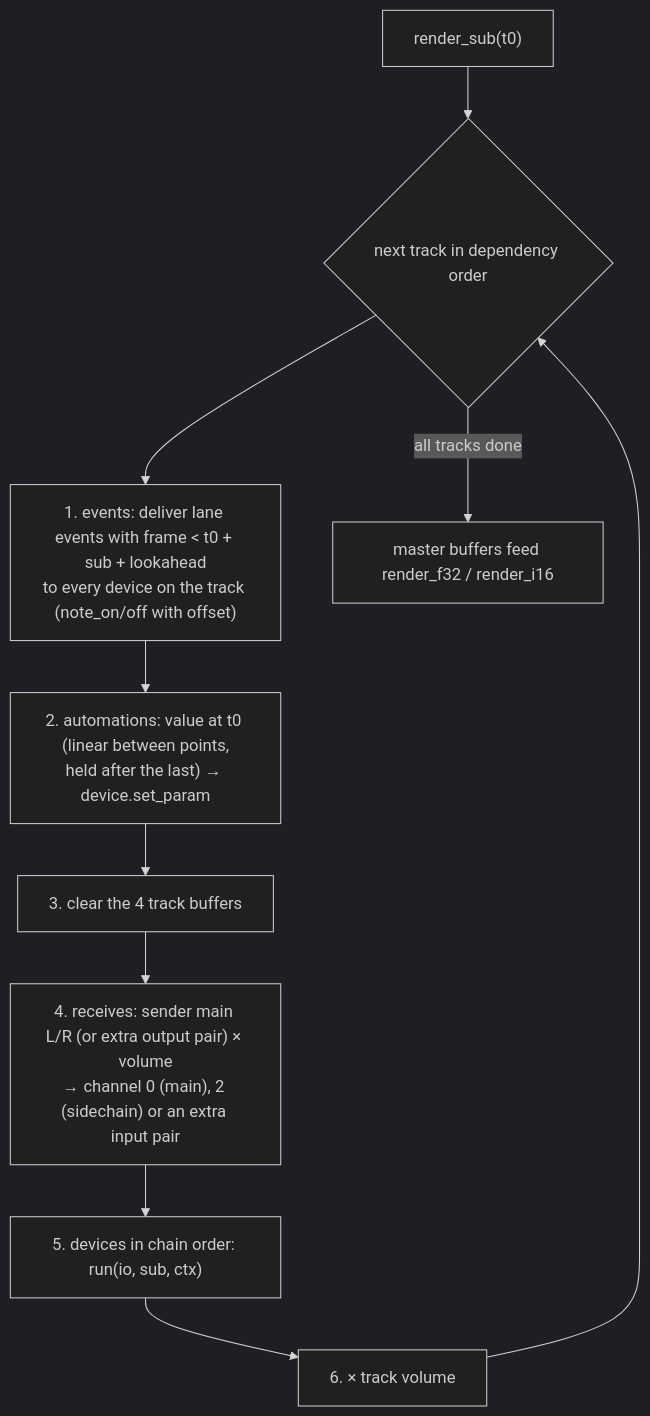
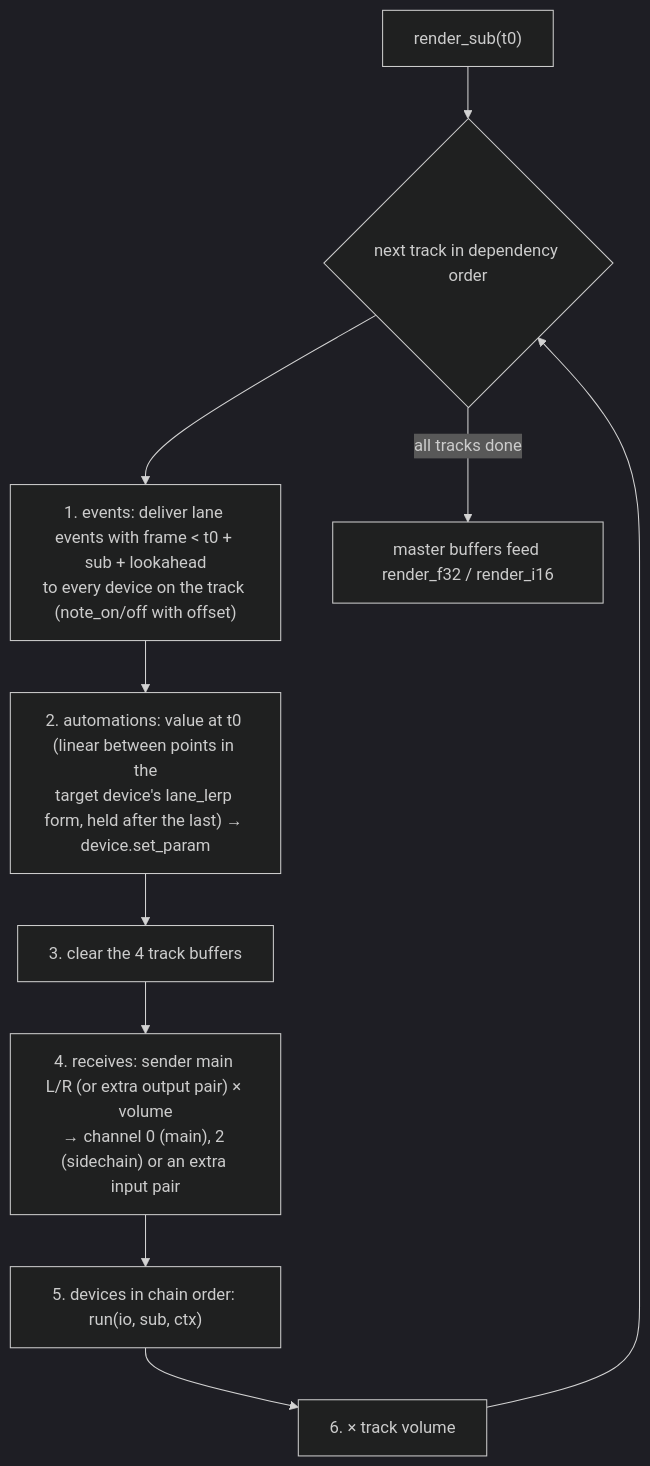
Before and after one commit to unisynth/unisynth: the seventh of 9 diagrams in docs/synth/synth-core.md, drawn with Mermaid (dark theme). The commit also changed other lines of this file and 67 other files, not shown here.

````diff
--- a/docs/synth/synth-core.md
+++ b/docs/synth/synth-core.md
@@ -263,12 +293,12 @@
 ```mermaid
 flowchart TD
     S["render_sub(t0)"] --> T{"next track in dependency order"}
     T --> E1["1. events: deliver lane events with frame < t0 + sub + lookahead<br/>to every device on the track (note_on/off with offset)"]
-    E1 --> E2["2. automations: value at t0 (linear between points,<br/>held after the last) → device.set_param"]
+    E1 --> E2["2. automations: value at t0 (linear between points in the<br/>target device's lane_lerp form, held after the last) → device.set_param"]
     E2 --> E3["3. clear the 4 track buffers"]
     E3 --> E4["4. receives: sender main L/R (or extra output pair) × volume<br/>→ channel 0 (main), 2 (sidechain) or an extra input pair"]
     E4 --> E5["5. devices in chain order: run(io, sub, ctx)"]
     E5 --> E6["6. × track volume"]
     E6 --> T
     T -->|"all tracks done"| M["master buffers feed render_f32 / render_i16"]
 ```
````
